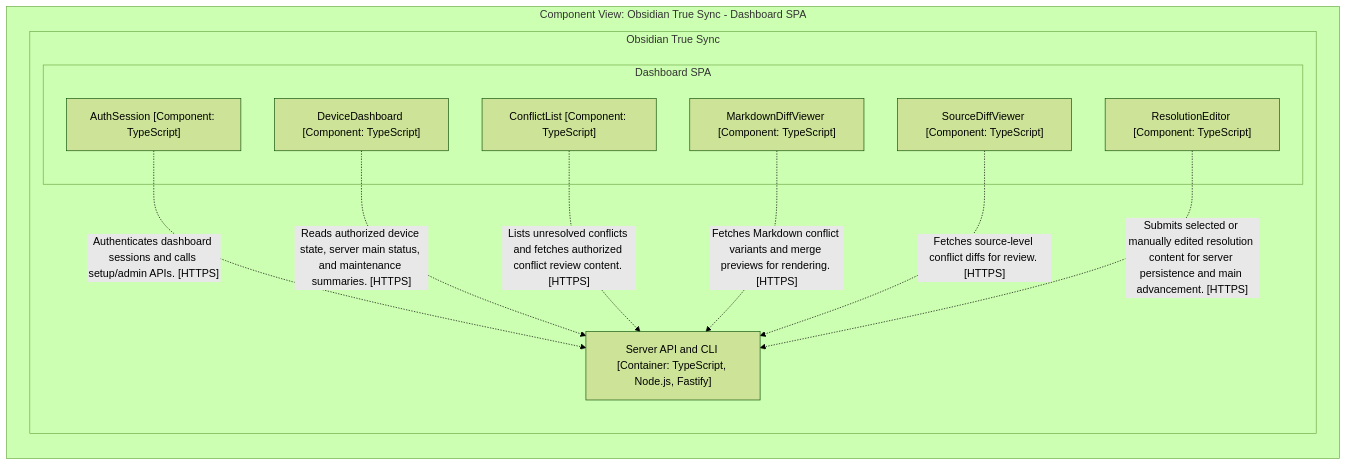
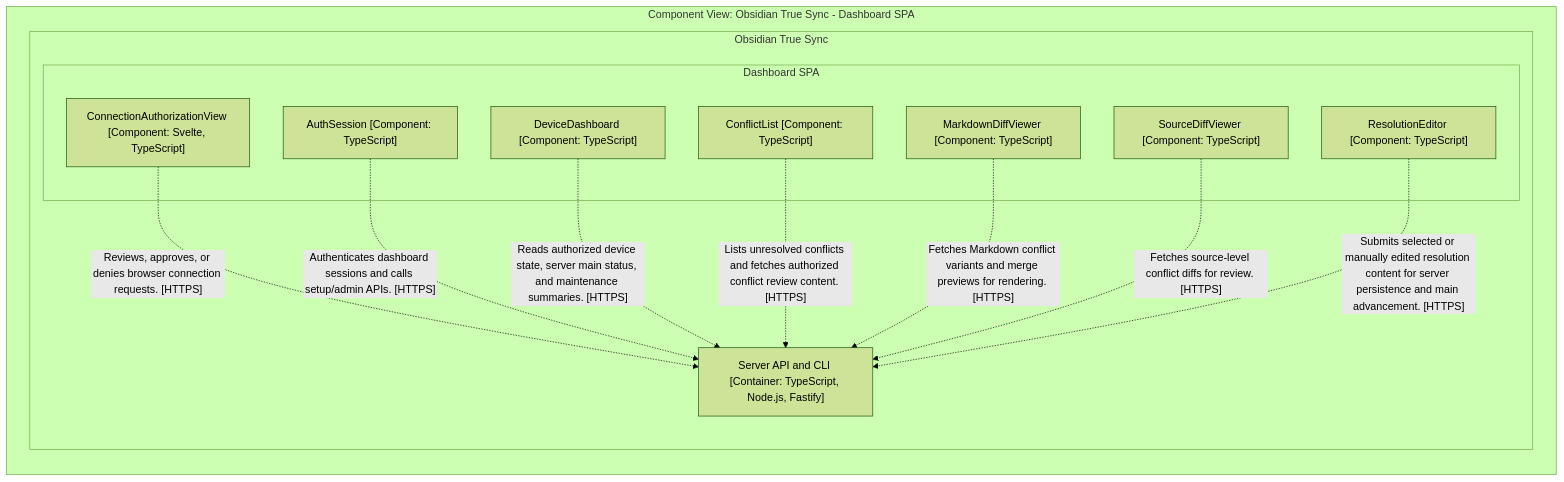
One commit to nareto/obts changed the second of 5 diagrams in architecture/DIAGRAMS.md. Above: the diagram before and after it, drawn with Mermaid (forest theme). The commit also changed other lines of this file and 24 other files, not shown here.

````diff
--- a/architecture/DIAGRAMS.md
+++ b/architecture/DIAGRAMS.md
@@ -54,30 +54,32 @@
 ```mermaid
 graph LR
 
   subgraph diagram ["Component View: Obsidian True Sync - Dashboard SPA"]
 
     subgraph 6 ["Obsidian True Sync"]
 
-      subgraph 22 ["Dashboard SPA"]
+      subgraph 23 ["Dashboard SPA"]
 
-        23["AuthSession [Component: TypeScript]"]
-        24["DeviceDashboard [Component: TypeScript]"]
-        25["ConflictList [Component: TypeScript]"]
-        26["MarkdownDiffViewer [Component: TypeScript]"]
-        27["SourceDiffViewer [Component: TypeScript]"]
-        28["ResolutionEditor [Component: TypeScript]"]
+        24["AuthSession [Component: TypeScript]"]
+        25["ConnectionAuthorizationView [Component: Svelte, TypeScript]"]
+        26["DeviceDashboard [Component: TypeScript]"]
+        27["ConflictList [Component: TypeScript]"]
+        28["MarkdownDiffViewer [Component: TypeScript]"]
+        29["SourceDiffViewer [Component: TypeScript]"]
+        30["ResolutionEditor [Component: TypeScript]"]
       end
 
       7["Server API and CLI [Container: TypeScript, Node.js, Fastify]"]
     end
 
-    23-. "Authenticates dashboard sessions and calls setup/admin APIs. [HTTPS]" .->7
-    24-. "Reads authorized device state, server main status, and maintenance summaries. [HTTPS]" .->7
-    25-. "Lists unresolved conflicts and fetches authorized conflict review content. [HTTPS]" .->7
-    26-. "Fetches Markdown conflict variants and merge previews for rendering. [HTTPS]" .->7
-    27-. "Fetches source-level conflict diffs for review. [HTTPS]" .->7
-    28-. "Submits selected or manually edited resolution content for server persistence and main advancement. [HTTPS]" .->7
+    25-. "Reviews, approves, or denies browser connection requests. [HTTPS]" .->7
+    24-. "Authenticates dashboard sessions and calls setup/admin APIs. [HTTPS]" .->7
+    26-. "Reads authorized device state, server main status, and maintenance summaries. [HTTPS]" .->7
+    27-. "Lists unresolved conflicts and fetches authorized conflict review content. [HTTPS]" .->7
+    28-. "Fetches Markdown conflict variants and merge previews for rendering. [HTTPS]" .->7
+    29-. "Fetches source-level conflict diffs for review. [HTTPS]" .->7
+    30-. "Submits selected or manually edited resolution content for server persistence and main advancement. [HTTPS]" .->7
 
   end
 
 ```
````
